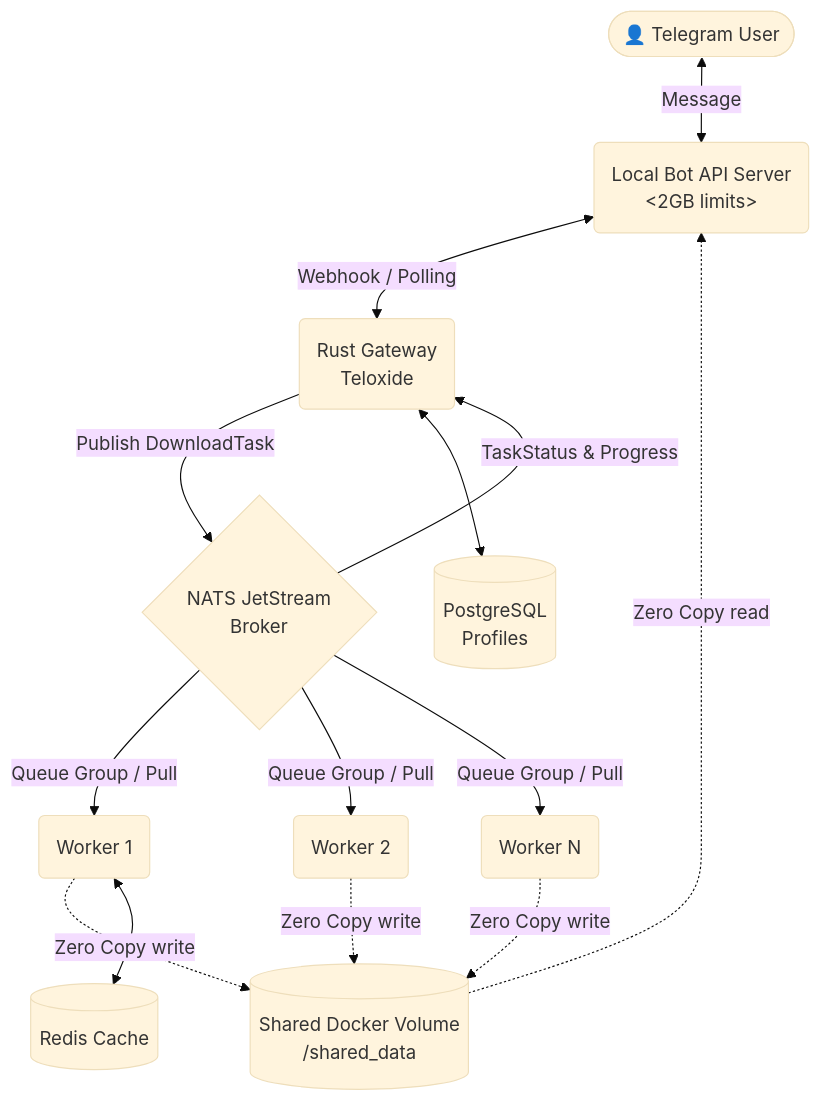
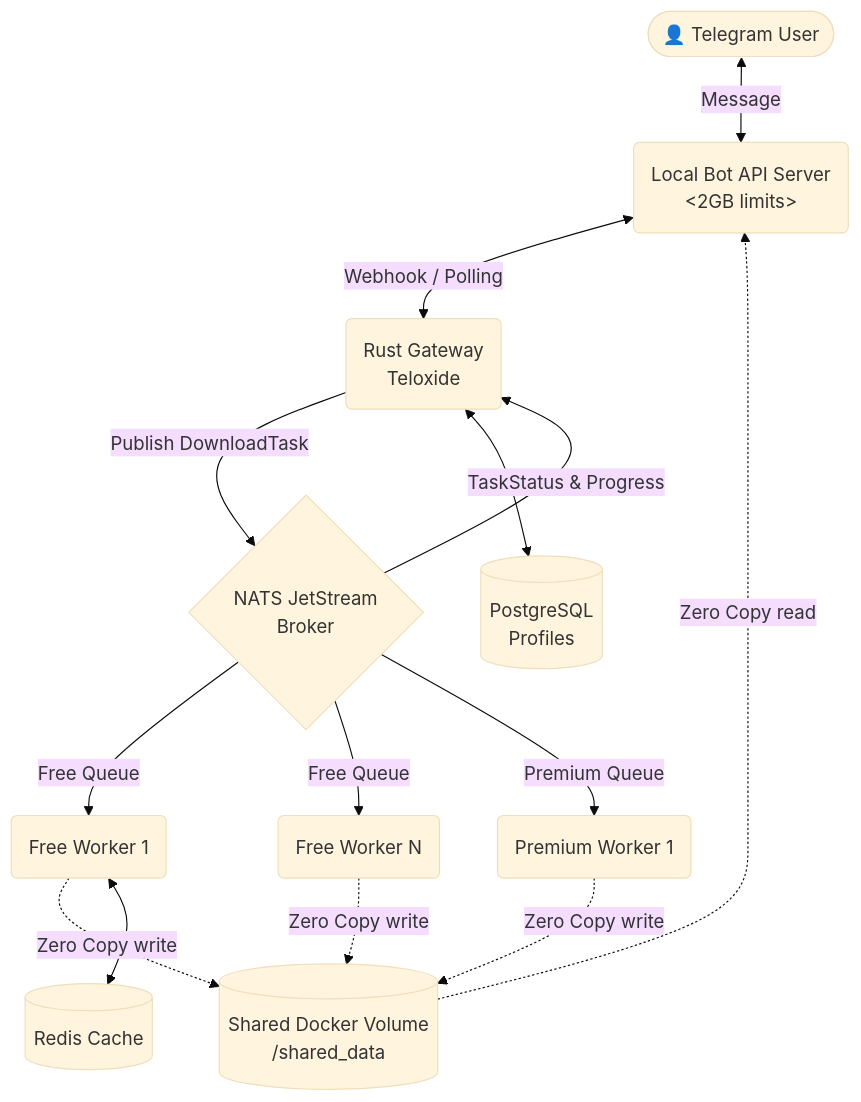
One commit to mrbezarate/FSocial_media_downloader changed the diagram in README.md. Above: the diagram before and after it, drawn with Mermaid (base theme). The commit also changed other lines of this file and 1 other file, not shown here.

Commit message:
docs: update README and env.example with premium and admin features

````diff
--- a/README.md
+++ b/README.md
@@ -50,20 +51,20 @@
 ```mermaid
 graph TD
     User([👤 Telegram User]) <-->|Message| TG(Local Bot API Server\n<2GB limits>)
     TG <-->|Webhook / Polling| Gateway(Rust Gateway\nTeloxide)
     
     Gateway -->|Publish DownloadTask| NATS{NATS JetStream\nBroker}
     NATS -->|TaskStatus & Progress| Gateway
     
-    NATS -->|Queue Group / Pull| W1(Worker 1)
-    NATS -->|Queue Group / Pull| W2(Worker 2)
-    NATS -->|Queue Group / Pull| WN(Worker N)
+    NATS -->|Free Queue| WF1(Free Worker 1)
+    NATS -->|Free Queue| WFN(Free Worker N)
+    NATS -->|Premium Queue| WP1(Premium Worker 1)
     
-    W1 -.->|Zero Copy write| SharedVol[(Shared Docker Volume\n/shared_data)]
-    W2 -.->|Zero Copy write| SharedVol
-    WN -.->|Zero Copy write| SharedVol
+    WF1 -.->|Zero Copy write| SharedVol[(Shared Docker Volume\n/shared_data)]
+    WFN -.->|Zero Copy write| SharedVol
+    WP1 -.->|Zero Copy write| SharedVol
     SharedVol -.->|Zero Copy read| TG
     
-    W1 <--> Redis[(Redis Cache)]
+    WF1 <--> Redis[(Redis Cache)]
     Gateway <--> PG[(PostgreSQL\nProfiles)]
 ```
````
